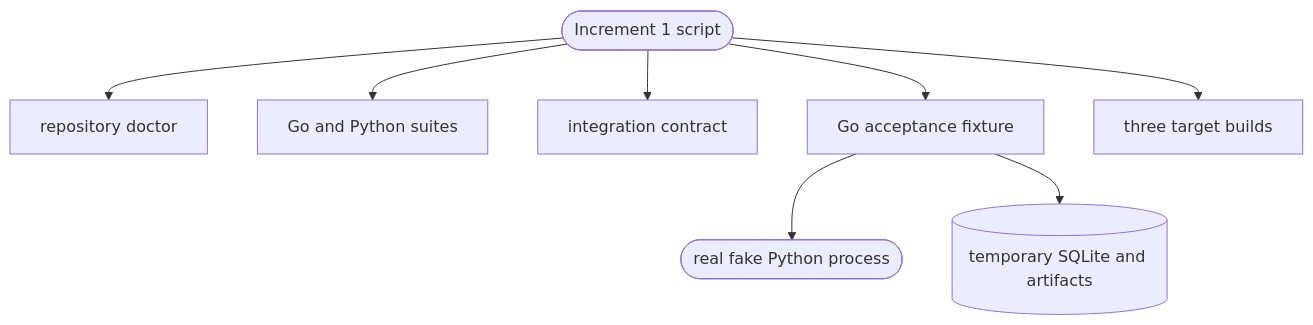
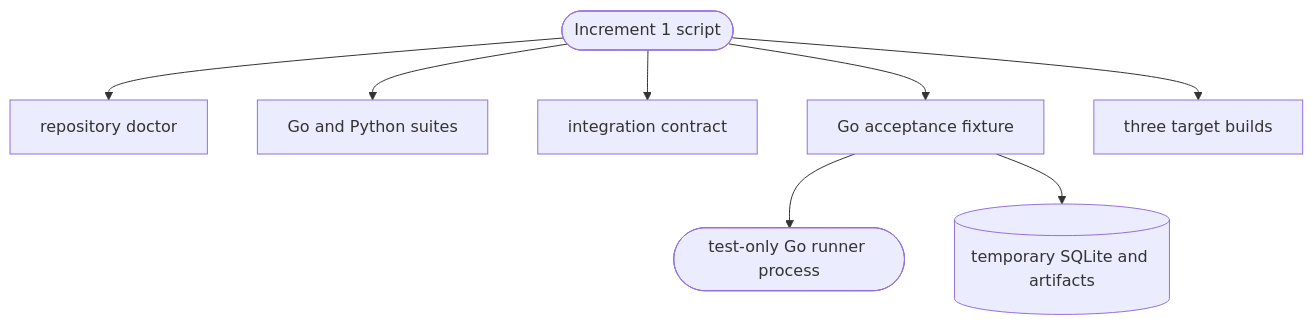
One commit to DDP-Engineering/2026_Networked_Intelligent_Lab_Orchestrator changed the diagram in .agentic/knowledge/increment-1-acceptance.md. Above: the diagram before and after it, drawn with Mermaid. The commit also changed other lines of this file and 1093 other files, not shown here.

````diff
--- a/.agentic/knowledge/increment-1-acceptance.md
+++ b/.agentic/knowledge/increment-1-acceptance.md
@@ -19,18 +36,18 @@
 ```mermaid
 flowchart TD
     script(["Increment 1 script"])
     doctor["repository doctor"]
     unit["Go and Python suites"]
     contract["integration contract"]
     e2e["Go acceptance fixture"]
-    fake(["real fake Python process"])
+    runner(["test-only Go runner process"])
     stores[("temporary SQLite and artifacts")]
     builds["three target builds"]
     script --> doctor
     script --> unit
     script --> contract
     script --> e2e
-    e2e --> fake
+    e2e --> runner
     e2e --> stores
     script --> builds
 ```
````
